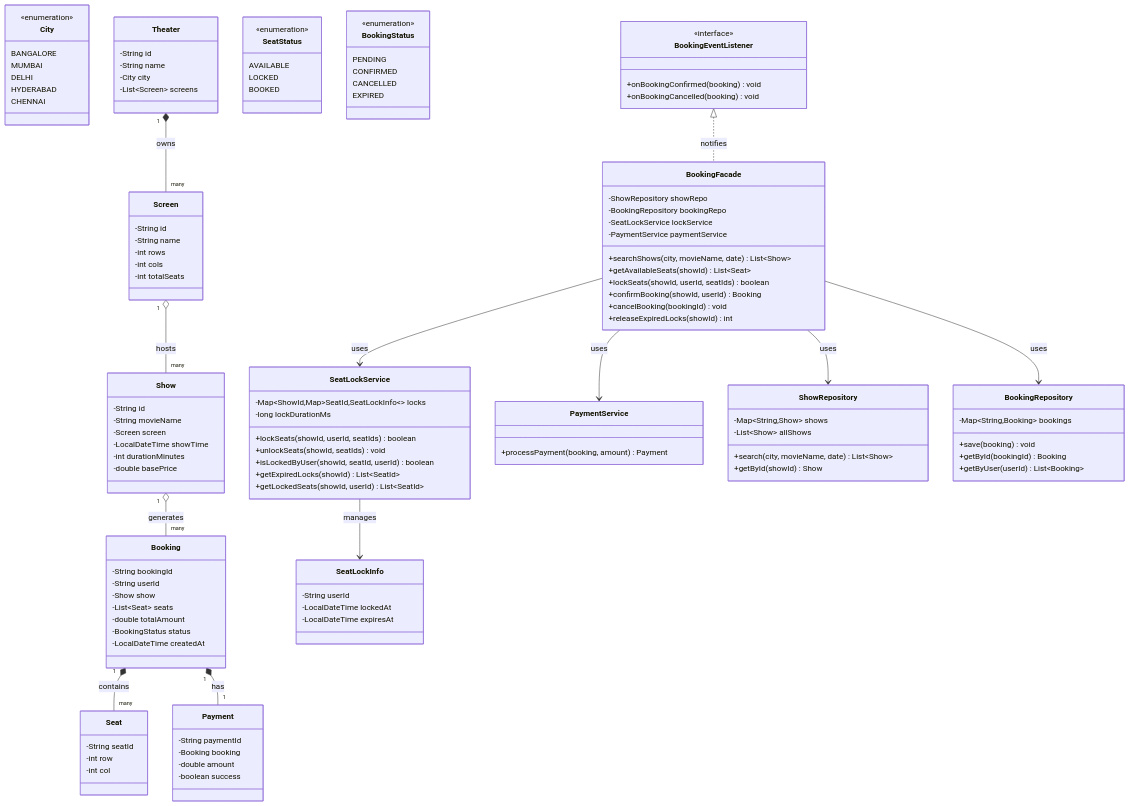
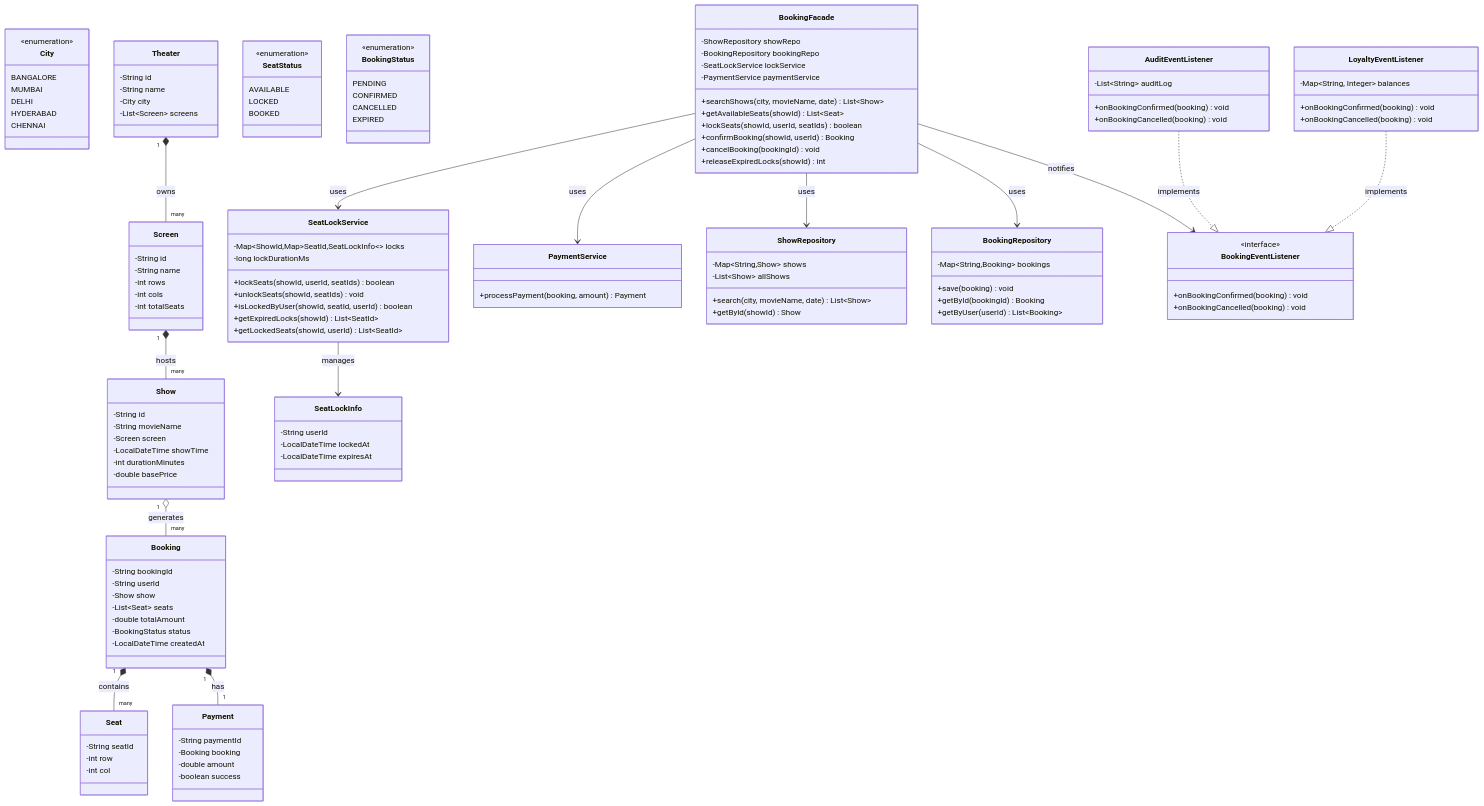
The diagram in core-lld/src/main/java/com/lldprep/systems/moviebooking/DESIGN_DICE.md (notthefakekowshik/LLD_prac), drawn with Mermaid before and after one commit. The commit also changed other lines of this file and 8 other files, not shown here.

````diff
--- a/core-lld/src/main/java/com/lldprep/systems/moviebooking/DESIGN_DICE.md
+++ b/core-lld/src/main/java/com/lldprep/systems/moviebooking/DESIGN_DICE.md
@@ -217,8 +216,20 @@
         +onBookingCancelled(booking) void
     }
 
+    class AuditEventListener {
+        -List~String~ auditLog
+        +onBookingConfirmed(booking) void
+        +onBookingCancelled(booking) void
+    }
+
+    class LoyaltyEventListener {
+        -Map~String, Integer~ balances
+        +onBookingConfirmed(booking) void
+        +onBookingCancelled(booking) void
+    }
+
     Theater "1" *-- "many" Screen : owns
-    Screen "1" o-- "many" Show : hosts
+    Screen "1" *-- "many" Show : hosts
     Show "1" o-- "many" Booking : generates
     Booking "1" *-- "many" Seat : contains
     Booking "1" *-- "1" Payment : has
@@ -226,6 +237,8 @@
     BookingFacade --> BookingRepository : uses
     BookingFacade --> SeatLockService : uses
     BookingFacade --> PaymentService : uses
+    BookingFacade --> BookingEventListener : notifies
     SeatLockService --> SeatLockInfo : manages
-    BookingEventListener <|.. BookingFacade : notifies
+    AuditEventListener ..|> BookingEventListener : implements
+    LoyaltyEventListener ..|> BookingEventListener : implements
 ```
````
